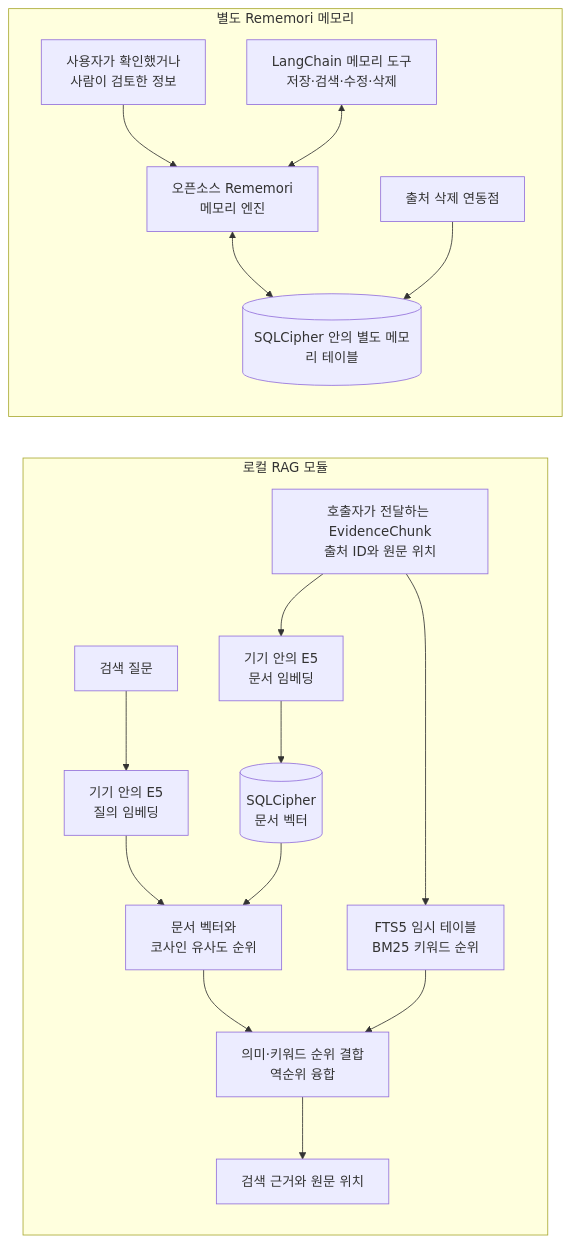
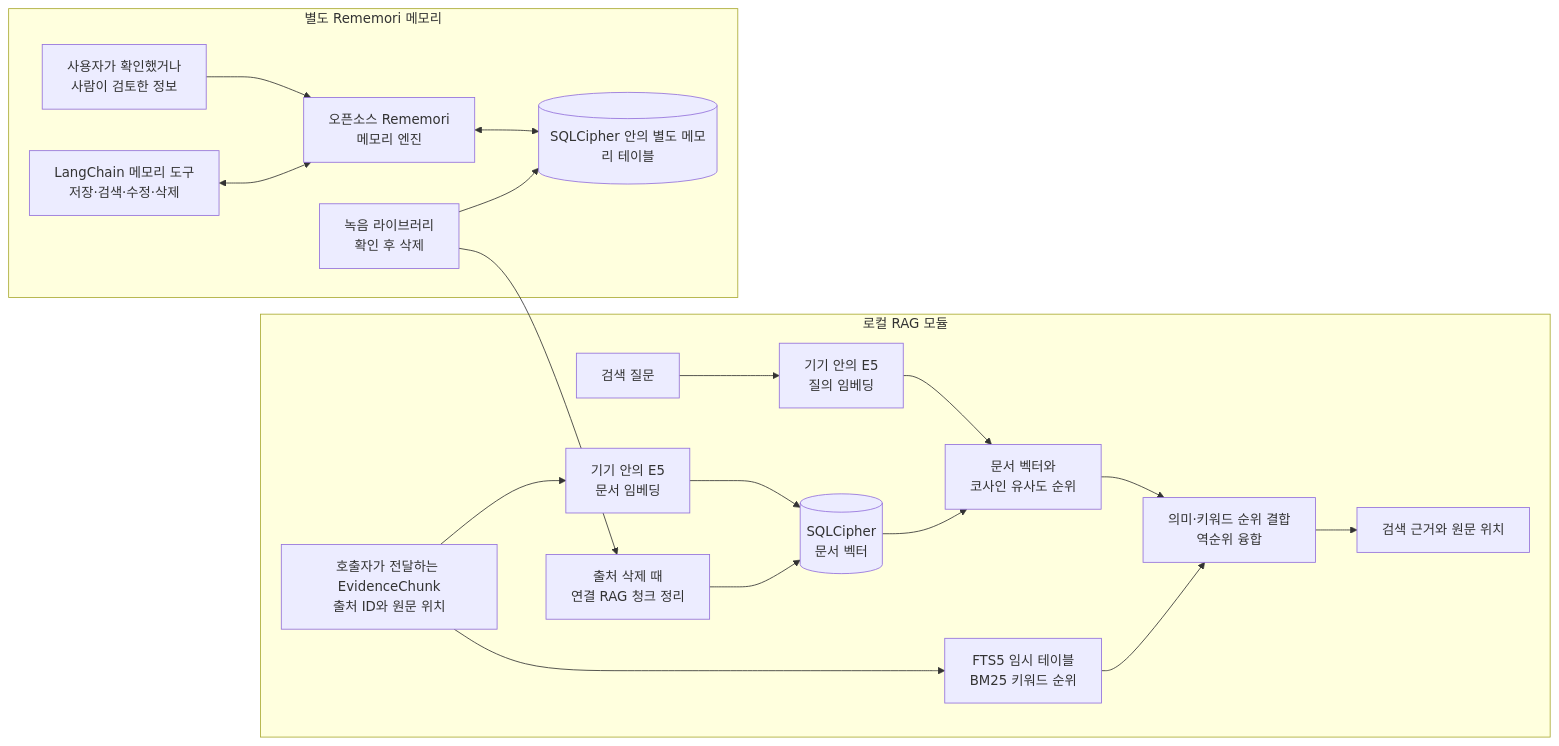
Before and after one commit to eunsoogi/orot: the third of 6 diagrams in README.md, drawn with Mermaid. The commit also changed other lines of this file and 1 other file, not shown here.

First line of the commit message:
docs(readme): refresh current main architecture (#156)

````diff
--- a/README.md
+++ b/README.md
@@ -114,31 +114,34 @@
 ```mermaid
 flowchart LR
   subgraph rag["로컬 RAG 모듈"]
     chunks["호출자가 전달하는 EvidenceChunk<br/>출처 ID와 원문 위치"]
     document["기기 안의 E5<br/>문서 임베딩"]
     vectors[("SQLCipher<br/>문서 벡터")]
     query["검색 질문"]
     queryVector["기기 안의 E5<br/>질의 임베딩"]
     similarity["문서 벡터와<br/>코사인 유사도 순위"]
     fts["FTS5 임시 테이블<br/>BM25 키워드 순위"]
     fusion["의미·키워드 순위 결합<br/>역순위 융합"]
     hits["검색 근거와 원문 위치"]
+    deleteRag["출처 삭제 때<br/>연결 RAG 청크 정리"]
     chunks --> document --> vectors
     query --> queryVector --> similarity
     vectors --> similarity --> fusion
     chunks --> fts --> fusion
     fusion --> hits
+    deleteRag --> vectors
   end
 
   subgraph memory["별도 Rememori 메모리"]
     approved["사용자가 확인했거나<br/>사람이 검토한 정보"]
     tools["LangChain 메모리 도구<br/>저장·검색·수정·삭제"]
     engine["오픈소스 Rememori<br/>메모리 엔진"]
     memoryTable[("SQLCipher 안의 별도 메모리 테이블")]
-    removeSource["출처 삭제 연동점"]
+    removeSource["녹음 라이브러리<br/>확인 후 삭제"]
     approved --> engine
     tools <--> engine
     engine <--> memoryTable
     removeSource --> memoryTable
+    removeSource --> deleteRag
   end
 ```
````
